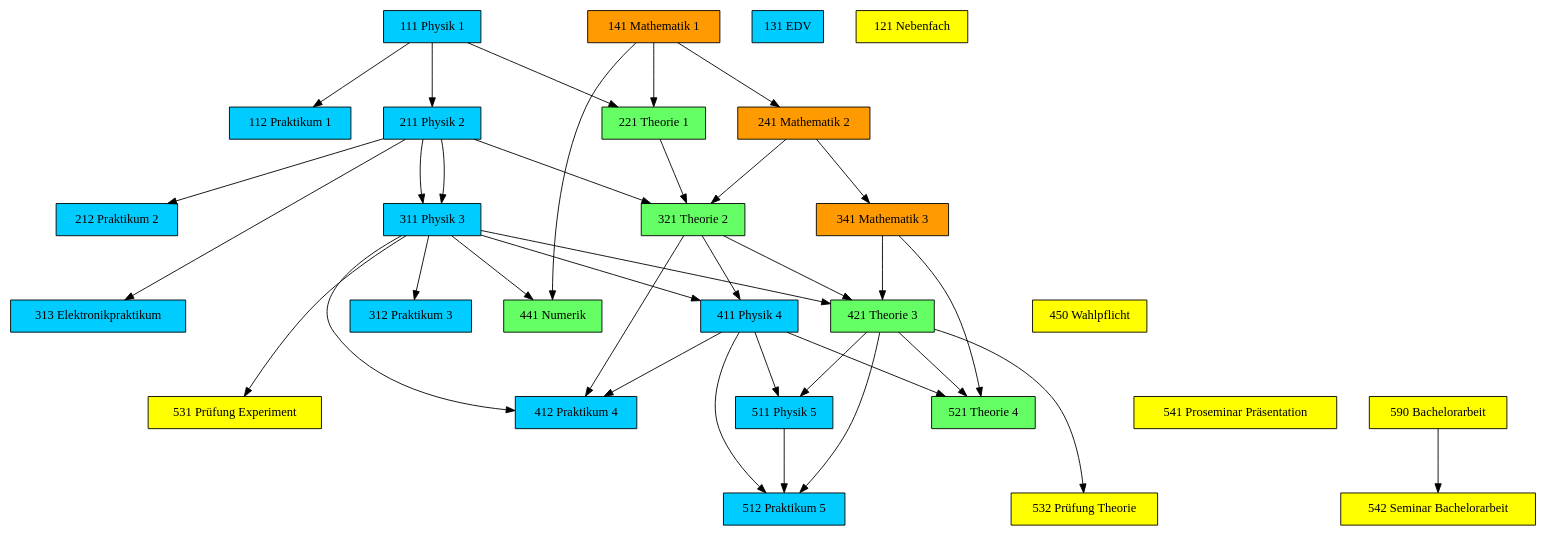
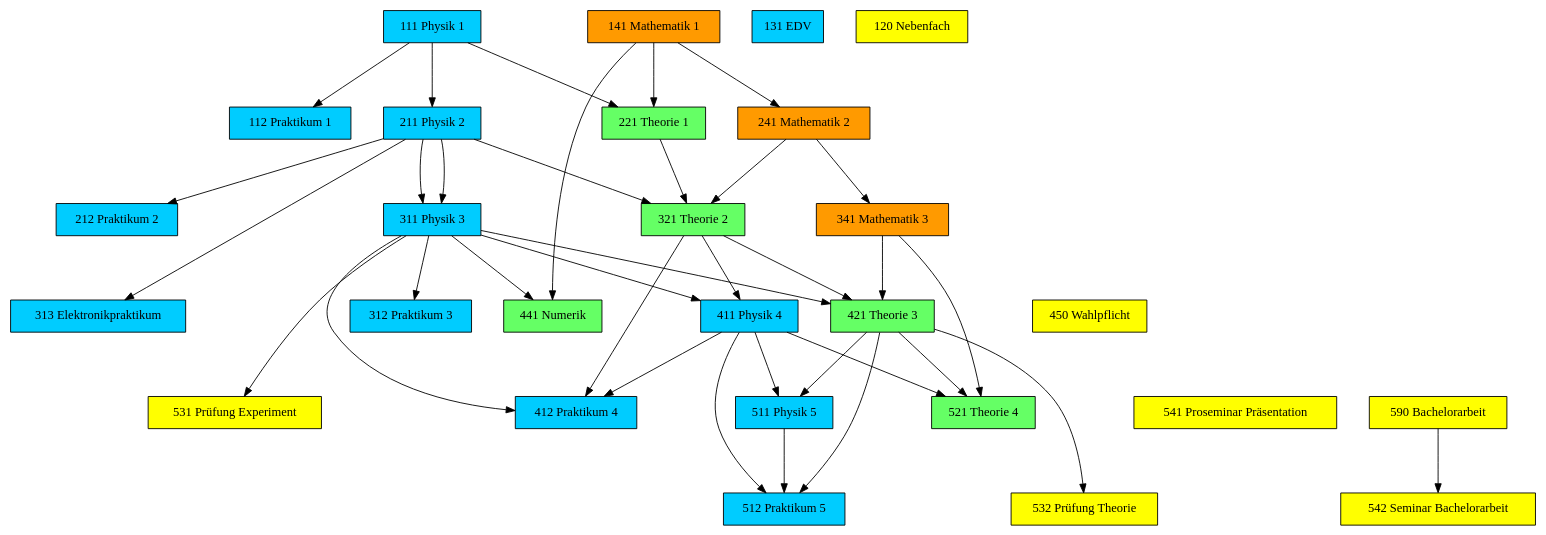
One commit to martin-ueding/master-of-physics-skilltree changed the diagram in Skilltree-Bachelor-2006.dot. Above: the diagram before and after it, drawn with Graphviz.

Commit message:
Change lecture to module

```diff
--- a/Skilltree-Bachelor-2006.dot
+++ b/Skilltree-Bachelor-2006.dot
@@ -1,139 +1,139 @@
 // Copyright © 2015 Martin Ueding <dev@martin-ueding.de>
 
 digraph {
     nodesep = .50
     ranksep = 1.0
 
     node [shape=box style=filled]
 
     {
         node[fillcolor="#00CCFF"]
 
         111 [label="111 Physik 1"]
         211 [label="211 Physik 2"]
         311 [label="311 Physik 3"]
         411 [label="411 Physik 4"]
         511 [label="511 Physik 5"]
 
         112 [label="112 Praktikum 1"]
         212 [label="212 Praktikum 2"]
         312 [label="312 Praktikum 3"]
         313 [label="313 Elektronikpraktikum"]
         412 [label="412 Praktikum 4"]
         512 [label="512 Praktikum 5"]
 
         131 [label="131 EDV"]
     }
     {
         node[fillcolor="#FF9A00"]
         141 [label="141 Mathematik 1"]
         241 [label="241 Mathematik 2"]
         341 [label="341 Mathematik 3"]
     }
     {
         node[fillcolor="#65FF65"]
         221 [label="221 Theorie 1"]
         321 [label="321 Theorie 2"]
         421 [label="421 Theorie 3"]
         521 [label="521 Theorie 4"]
 
         441 [label="441 Numerik"]
     }
     {
         node[fillcolor="#FFFF00"]
-        121 [label="121 Nebenfach"]
+        120 [label="120 Nebenfach"]
         450 [label="450 Wahlpflicht"]
 
         531 [label="531 Prüfung Experiment"]
         532 [label="532 Prüfung Theorie"]
 
         541 [label="541 Proseminar Präsentation"]
         542 [label="542 Seminar Bachelorarbeit"]
 
         590 [label="590 Bachelorarbeit"]
     }
         
     {
         rank = same
 
         111
         141
-        121
+        120
         131
     }
     {
         rank = same
 
         211
         112
         241
         221
     }
     {
         rank = same
 
         311
         212
         341
         321
     }
     {
         rank = same
 
         312
     }
     {
         rank = same
 
         411
         313
         441
         421
         450
     }
     {
         rank = same
 
         511
         412
         521
         531
         541
         590
     }
     {
         rank = same
 
         512
         532
         542
     }
 
 
     111 -> 112
     211 -> 212
     111 -> 211
     211 -> 311
     311 -> 412
     141, 111 -> 221
     141 -> 241
     211 -> 311
     311 -> 312
     211 -> 313
     241, 221, 211 -> 321
     241 -> 341
     311, 321 -> 411
     411, 321 -> 412
     341, 321, 311 -> 421
     311, 141 -> 441
     411, 421 -> 511
     411, 421, 511 -> 512
     341, 421, 411 -> 521
 
     311 -> 531
     421 -> 532
 
     590 -> 542;
 }
 
 // vim: autoindent
```
